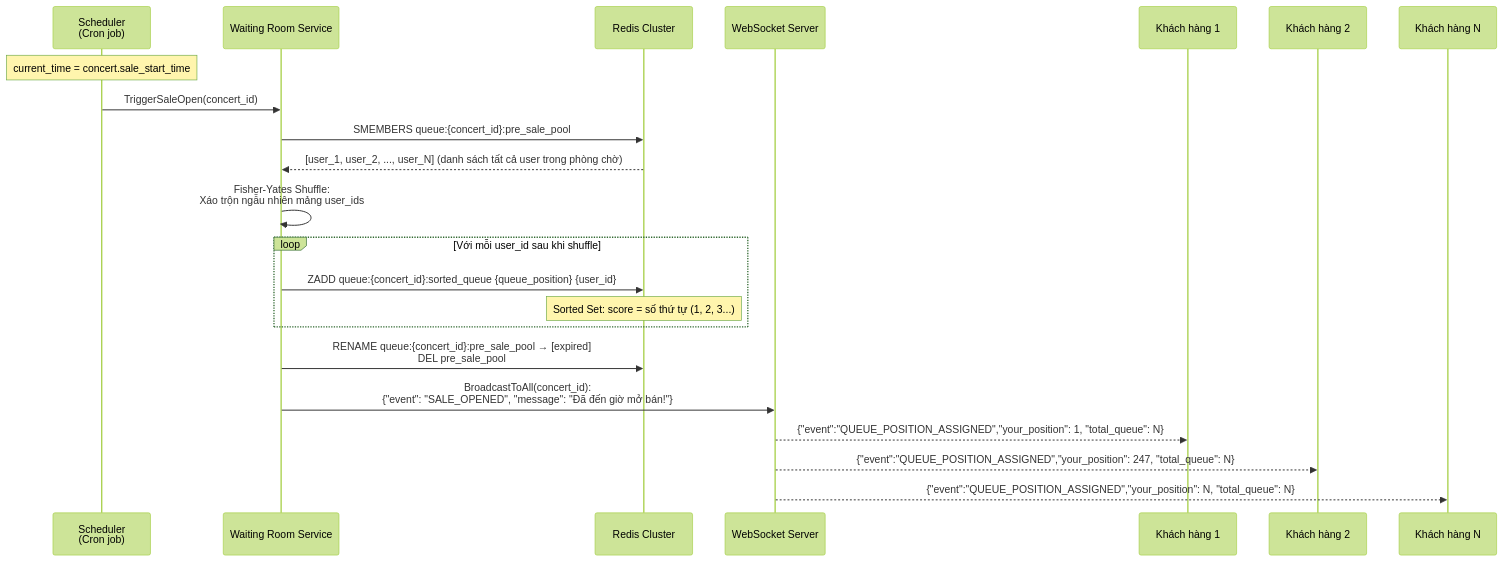
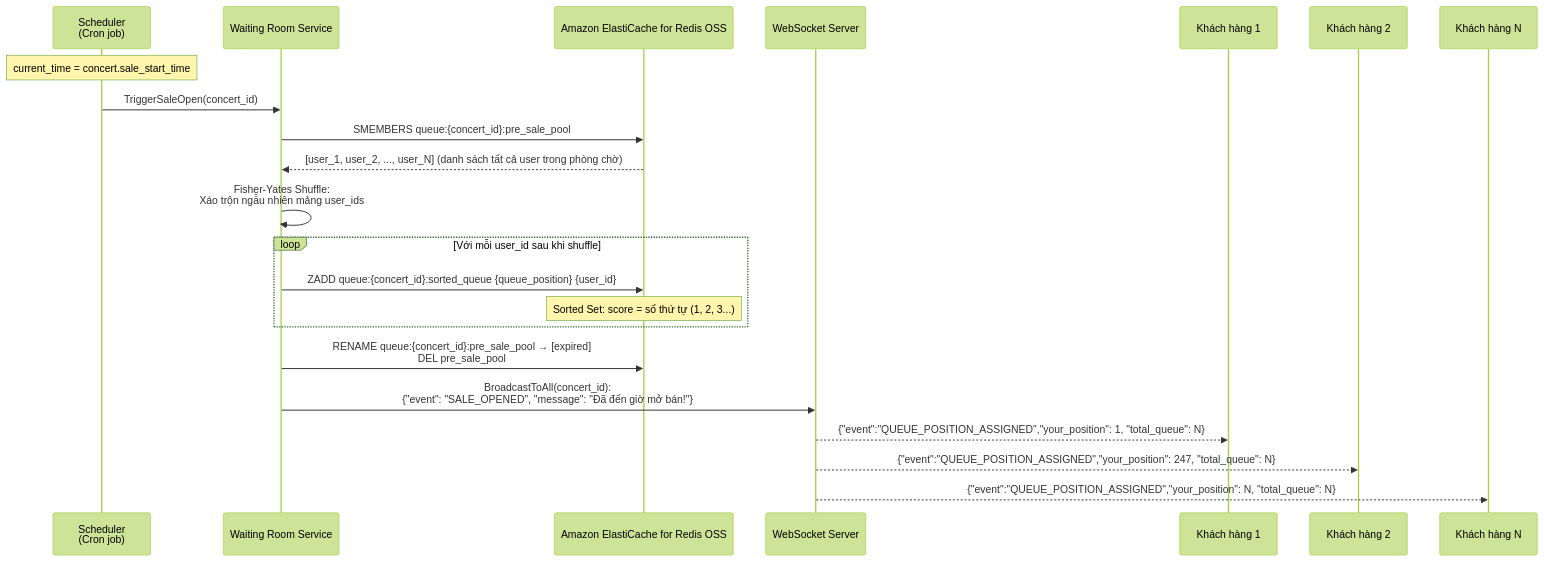
One commit to toanteng11/concert-ticketing-docs changed the third of 6 diagrams in business-analysis/02_State_Machines_And_Workflows/02_Business_Flows/BF01_Waiting_Room_And_Virtual_Queue_Flow.md. Above: the diagram before and after it, drawn with Mermaid (forest theme). The commit also changed other lines of this file and 43 other files, not shown here.

````diff
--- a/business-analysis/02_State_Machines_And_Workflows/02_Business_Flows/BF01_Waiting_Room_And_Virtual_Queue_Flow.md
+++ b/business-analysis/02_State_Machines_And_Workflows/02_Business_Flows/BF01_Waiting_Room_And_Virtual_Queue_Flow.md
@@ -73,31 +73,31 @@
 ```mermaid
 sequenceDiagram
     participant SCHED as Scheduler<br/>(Cron job)
     participant WR as Waiting Room Service
-    participant REDIS as Redis Cluster
+    participant REDIS as Amazon ElastiCache for Redis OSS
     participant WS as WebSocket Server
     participant C1 as Khách hàng 1
     participant C2 as Khách hàng 2
     participant Cn as Khách hàng N
 
     Note over SCHED: current_time = concert.sale_start_time
     SCHED->>WR: TriggerSaleOpen(concert_id)
 
     WR->>REDIS: SMEMBERS queue:{concert_id}:pre_sale_pool
     REDIS-->>WR: [user_1, user_2, ..., user_N] (danh sách tất cả user trong phòng chờ)
 
     WR->>WR: Fisher-Yates Shuffle:<br/>Xáo trộn ngẫu nhiên mảng user_ids
 
     loop Với mỗi user_id sau khi shuffle
         WR->>REDIS: ZADD queue:{concert_id}:sorted_queue {queue_position} {user_id}
         Note over REDIS: Sorted Set: score = số thứ tự (1, 2, 3...)
     end
 
     WR->>REDIS: RENAME queue:{concert_id}:pre_sale_pool → [expired]<br/>DEL pre_sale_pool
 
     WR->>WS: BroadcastToAll(concert_id):<br/>{"event": "SALE_OPENED", "message": "Đã đến giờ mở bán!"}
 
     WS-->>C1: {"event":"QUEUE_POSITION_ASSIGNED","your_position": 1, "total_queue": N}
     WS-->>C2: {"event":"QUEUE_POSITION_ASSIGNED","your_position": 247, "total_queue": N}
     WS-->>Cn: {"event":"QUEUE_POSITION_ASSIGNED","your_position": N, "total_queue": N}
 ```
````
